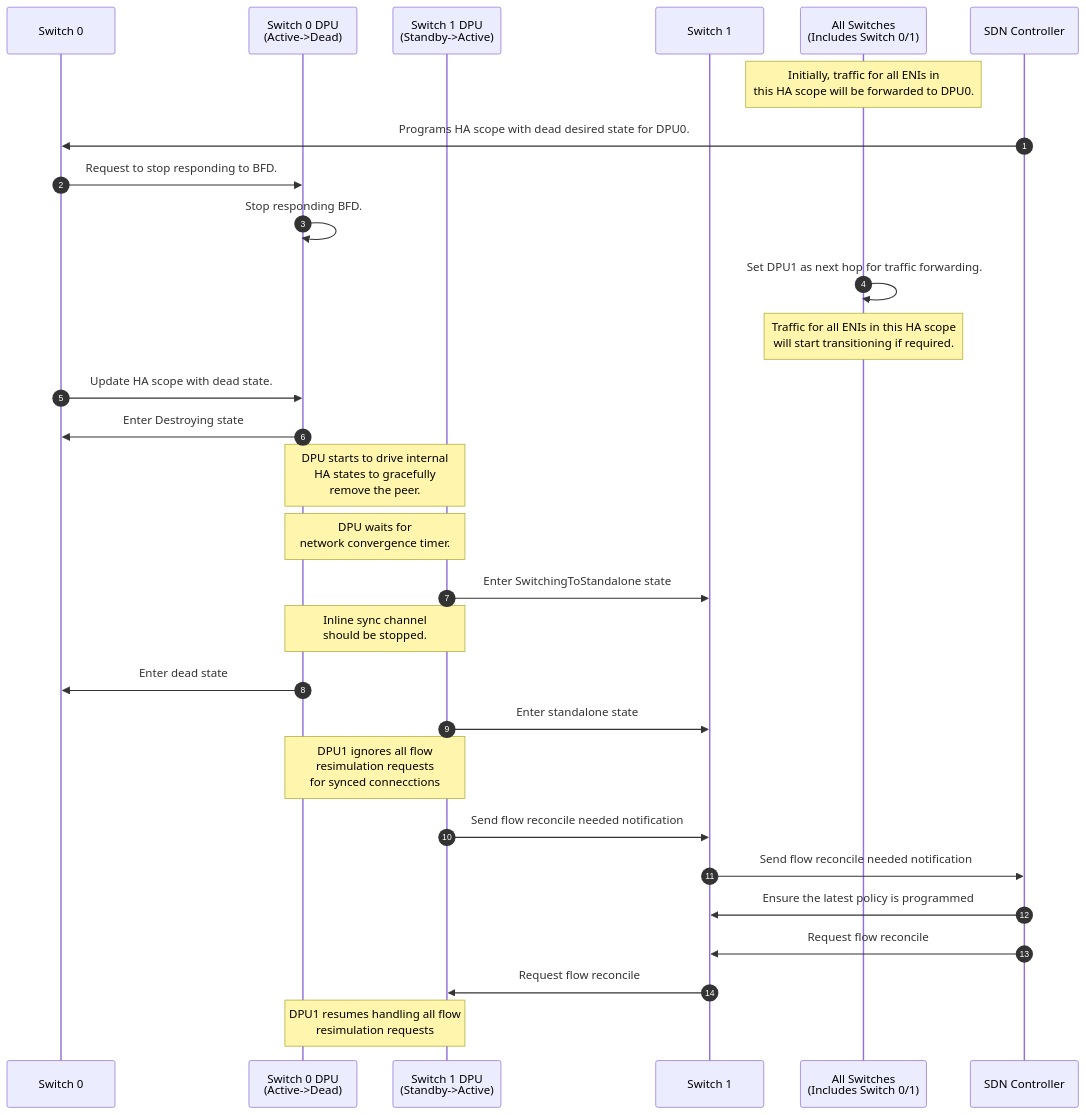
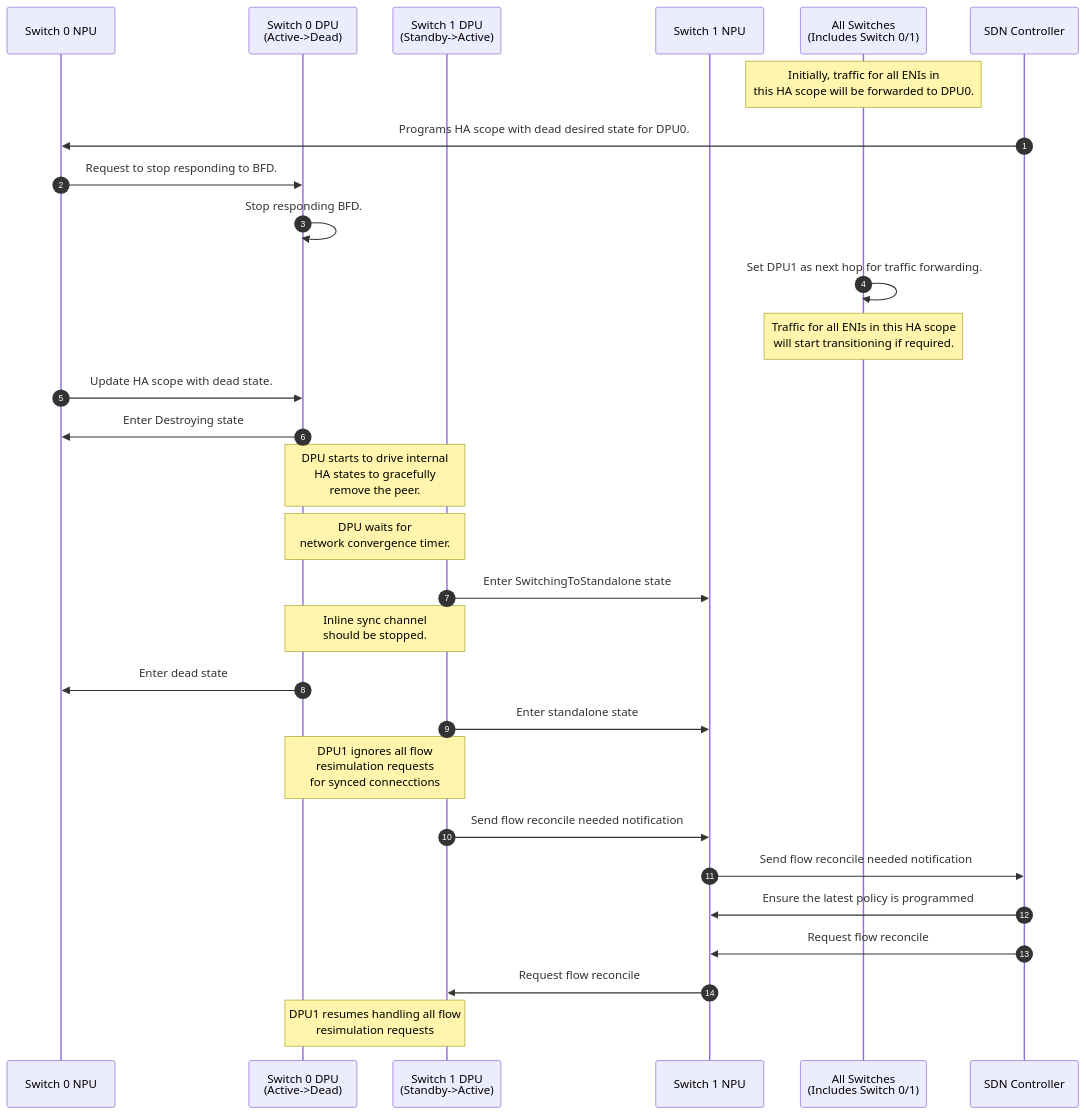
The second of 3 diagrams in doc/smart-switch/high-availability/smart-switch-ha-dpu-scope-dpu-driven-setup.md (sonic-net/SONiC), drawn with Mermaid before and after one commit. The commit also changed other lines of this file, not shown here.

````diff
--- a/doc/smart-switch/high-availability/smart-switch-ha-dpu-scope-dpu-driven-setup.md
+++ b/doc/smart-switch/high-availability/smart-switch-ha-dpu-scope-dpu-driven-setup.md
@@ -281,39 +281,39 @@
 ```mermaid
 sequenceDiagram
    autonumber
 
-   participant S0 as Switch 0
+   participant S0N as Switch 0 NPU
    participant S0D as Switch 0 DPU<br>(Active->Dead)
    participant S1D as Switch 1 DPU<br>(Standby->Active)
-   participant S1 as Switch 1
+   participant S1N as Switch 1 NPU
    participant SA as All Switches<br>(Includes Switch 0/1)
    participant SDN as SDN Controller
 
    Note over SA: Initially, traffic for all ENIs in<br>this HA scope will be forwarded to DPU0.
 
-   SDN->>S0: Programs HA scope with dead desired state for DPU0.
-   S0->>S0D: Request to stop responding to BFD.
+   SDN->>S0N: Programs HA scope with dead desired state for DPU0.
+   S0N->>S0D: Request to stop responding to BFD.
 
    S0D->>S0D: Stop responding BFD.
    SA->>SA: Set DPU1 as next hop for traffic forwarding.
    Note over SA: Traffic for all ENIs in this HA scope<br>will start transitioning if required.
 
-   S0->>S0D: Update HA scope with dead state.
-   S0D->>S0: Enter Destroying state
+   S0N->>S0D: Update HA scope with dead state.
+   S0D->>S0N: Enter Destroying state
    Note over S0D,S1D: DPU starts to drive internal<br>HA states to gracefully<br>remove the peer.
    Note over S0D,S1D: DPU waits for<br>network convergence timer.
 
-   S1D->>S1: Enter SwitchingToStandalone state
+   S1D->>S1N: Enter SwitchingToStandalone state
    Note over S0D,S1D: Inline sync channel<br>should be stopped.
 
-   S0D->>S0: Enter dead state
-   S1D->>S1: Enter standalone state
+   S0D->>S0N: Enter dead state
+   S1D->>S1N: Enter standalone state
    Note over S0D,S1D: DPU1 ignores all flow<br>resimulation requests<br>for synced connecctions
 
-   S1D->>S1: Send flow reconcile needed notification
-   S1->>SDN: Send flow reconcile needed notification
-   SDN->>S1: Ensure the latest policy is programmed
-   SDN->>S1: Request flow reconcile
-   S1->>S1D: Request flow reconcile
+   S1D->>S1N: Send flow reconcile needed notification
+   S1N->>SDN: Send flow reconcile needed notification
+   SDN->>S1N: Ensure the latest policy is programmed
+   SDN->>S1N: Request flow reconcile
+   S1N->>S1D: Request flow reconcile
    Note over S0D,S1D: DPU1 resumes handling all flow<br>resimulation requests
 ```
````
